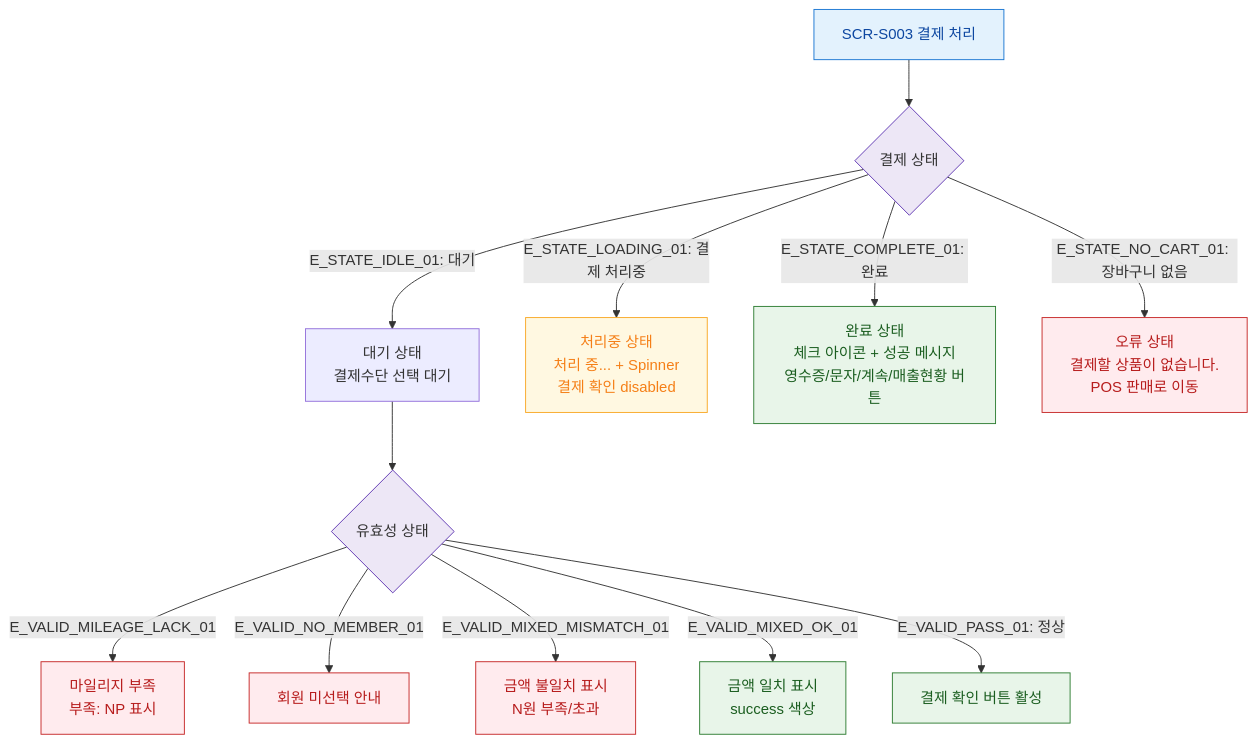
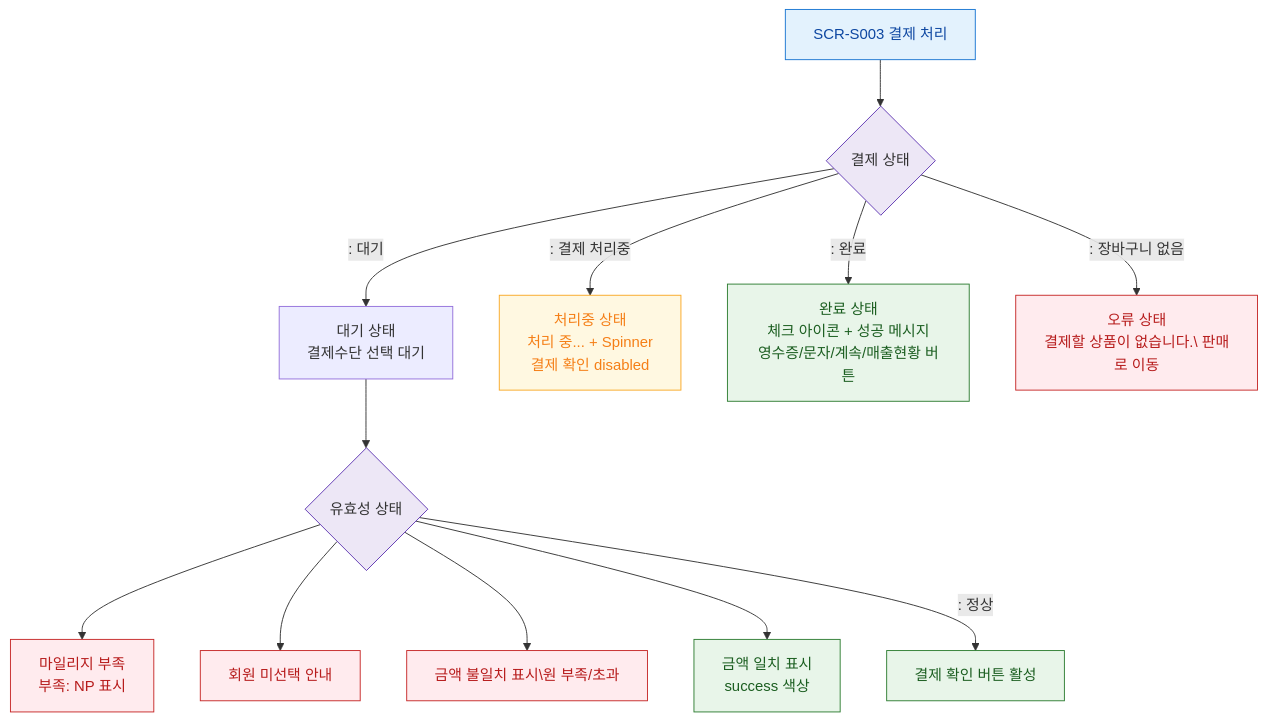
Before and after one commit to dev-spogym/admin-pando: the diagram in docs/다이어그램/D03_매출관리/SCR-S003_결제처리/F6_상태별.md, drawn with Mermaid. The commit also changed other lines of this file and 1660 other files, not shown here.

First line of the commit message:
다이어그램: 기획자/클라이언트 납품본으로 정리

````diff
--- a/docs/다이어그램/D03_매출관리/SCR-S003_결제처리/F6_상태별.md
+++ b/docs/다이어그램/D03_매출관리/SCR-S003_결제처리/F6_상태별.md
@@ -20,28 +18,28 @@
 ```mermaid
 flowchart TD
     S003[SCR-S003 결제 처리] --> PAY_STATE{결제 상태}
 
-    PAY_STATE -->|"E_STATE_IDLE_01: 대기"| IDLE[대기 상태\n결제수단 선택 대기]
-    PAY_STATE -->|"E_STATE_LOADING_01: 결제 처리중"| PROCESSING[처리중 상태\n처리 중... + Spinner\n결제 확인 disabled]
-    PAY_STATE -->|"E_STATE_COMPLETE_01: 완료"| COMPLETE[완료 상태\n체크 아이콘 + 성공 메시지\n영수증/문자/계속/매출현황 버튼]
-    PAY_STATE -->|"E_STATE_NO_CART_01: 장바구니 없음"| NO_CART[오류 상태\n결제할 상품이 없습니다.\nPOS 판매로 이동]
+    PAY_STATE -->|": 대기"|IDLE[대기 상태\n결제수단 선택 대기]
+    PAY_STATE -->|": 결제 처리중"|PROCESSING[처리중 상태\n처리 중... + Spinner\n결제 확인 disabled]
+    PAY_STATE -->|": 완료"|COMPLETE[완료 상태\n체크 아이콘 + 성공 메시지\n영수증/문자/계속/매출현황 버튼]
+    PAY_STATE -->|": 장바구니 없음"|NO_CART[오류 상태\n결제할 상품이 없습니다.\ 판매로 이동]
 
     IDLE --> VALID_STATE{유효성 상태}
-    VALID_STATE -->|E_VALID_MILEAGE_LACK_01| ERR_MILEAGE[마일리지 부족\n부족: NP 표시]
-    VALID_STATE -->|E_VALID_NO_MEMBER_01| ERR_MEMBER[회원 미선택 안내]
-    VALID_STATE -->|E_VALID_MIXED_MISMATCH_01| ERR_MIXED[금액 불일치 표시\nN원 부족/초과]
-    VALID_STATE -->|E_VALID_MIXED_OK_01| VALID_OK[금액 일치 표시\nsuccess 색상]
-    VALID_STATE -->|"E_VALID_PASS_01: 정상"| CONFIRM_ACTIVE[결제 확인 버튼 활성]
+    VALID_STATE --> ERR_MILEAGE[마일리지 부족\n부족: NP 표시]
+    VALID_STATE --> ERR_MEMBER[회원 미선택 안내]
+    VALID_STATE --> ERR_MIXED[금액 불일치 표시\원 부족/초과]
+    VALID_STATE --> VALID_OK[금액 일치 표시\nsuccess 색상]
+    VALID_STATE -->|": 정상"|CONFIRM_ACTIVE[결제 확인 버튼 활성]
 
     classDef screen fill:#E3F2FD,stroke:#1976D2,color:#0D47A1
     classDef error fill:#FFEBEE,stroke:#C62828,color:#B71C1C
     classDef success fill:#E8F5E9,stroke:#2E7D32,color:#1B5E20
     classDef warning fill:#FFF8E1,stroke:#F9A825,color:#F57F17
     classDef system fill:#EDE7F6,stroke:#5E35B2
 
     class S003 screen
     class ERR_MILEAGE,ERR_MEMBER,ERR_MIXED,NO_CART error
     class COMPLETE,VALID_OK,CONFIRM_ACTIVE success
     class PROCESSING warning
     class PAY_STATE,VALID_STATE system
 ```
````
